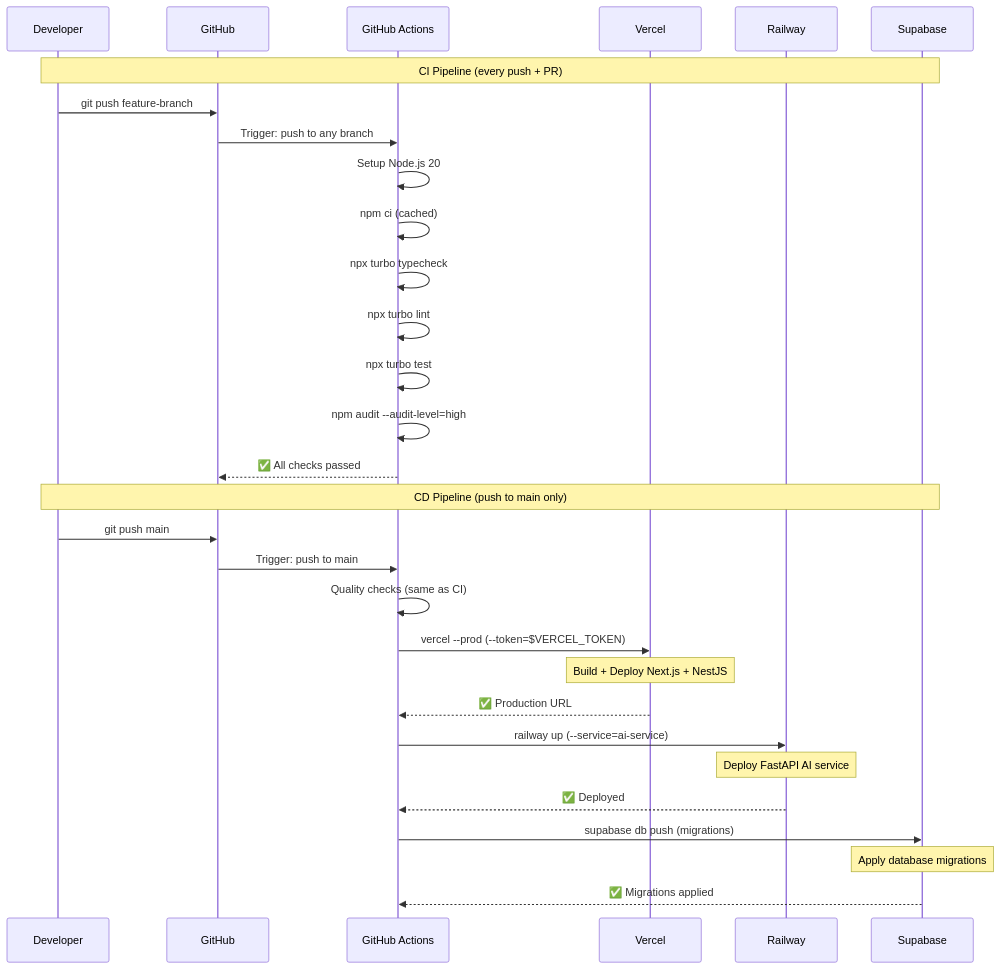
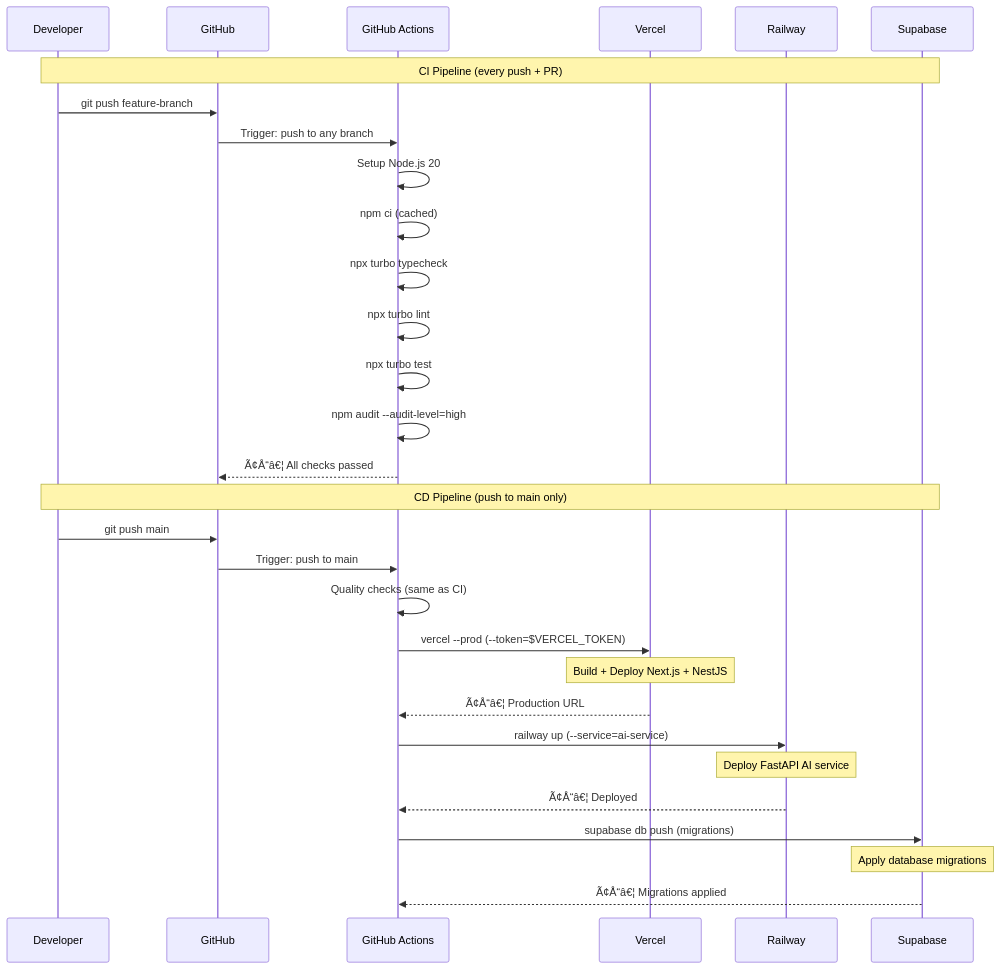
One commit to rohitkumarnaidu/Portfolio changed diagram 16 of 16 in docs/05-architecture/INTEGRATIONS.md. Above: the diagram before and after it, drawn with Mermaid. The commit also changed other lines of this file and 343 other files, not shown here.

First line of the commit message:
docs: add Mermaid diagrams across 140+ files — 38% -> 70% coverage

````diff
--- a/docs/05-architecture/INTEGRATIONS.md
+++ b/docs/05-architecture/INTEGRATIONS.md
@@ -1826,37 +1826,37 @@
 ```mermaid
 sequenceDiagram
     participant Dev as Developer
     participant Git as GitHub
     participant Actions as GitHub Actions
     participant Vercel as Vercel
     participant Railway as Railway
     participant DB as Supabase
 
     Note over Dev,DB: CI Pipeline (every push + PR)
     Dev->>Git: git push feature-branch
     Git->>Actions: Trigger: push to any branch
     Actions->>Actions: Setup Node.js 20
     Actions->>Actions: npm ci (cached)
     Actions->>Actions: npx turbo typecheck
     Actions->>Actions: npx turbo lint
     Actions->>Actions: npx turbo test
     Actions->>Actions: npm audit --audit-level=high
-    Actions-->>Git: ✅ All checks passed
+    Actions-->>Git: Ã¢Å“â€¦ All checks passed
 
     Note over Dev,DB: CD Pipeline (push to main only)
     Dev->>Git: git push main
     Git->>Actions: Trigger: push to main
     Actions->>Actions: Quality checks (same as CI)
     
     Actions->>Vercel: vercel --prod (--token=$VERCEL_TOKEN)
     Note over Vercel: Build + Deploy Next.js + NestJS
-    Vercel-->>Actions: ✅ Production URL
+    Vercel-->>Actions: Ã¢Å“â€¦ Production URL
 
     Actions->>Railway: railway up (--service=ai-service)
     Note over Railway: Deploy FastAPI AI service
-    Railway-->>Actions: ✅ Deployed
+    Railway-->>Actions: Ã¢Å“â€¦ Deployed
 
     Actions->>DB: supabase db push (migrations)
     Note over DB: Apply database migrations
-    DB-->>Actions: ✅ Migrations applied
+    DB-->>Actions: Ã¢Å“â€¦ Migrations applied
 ```
````
